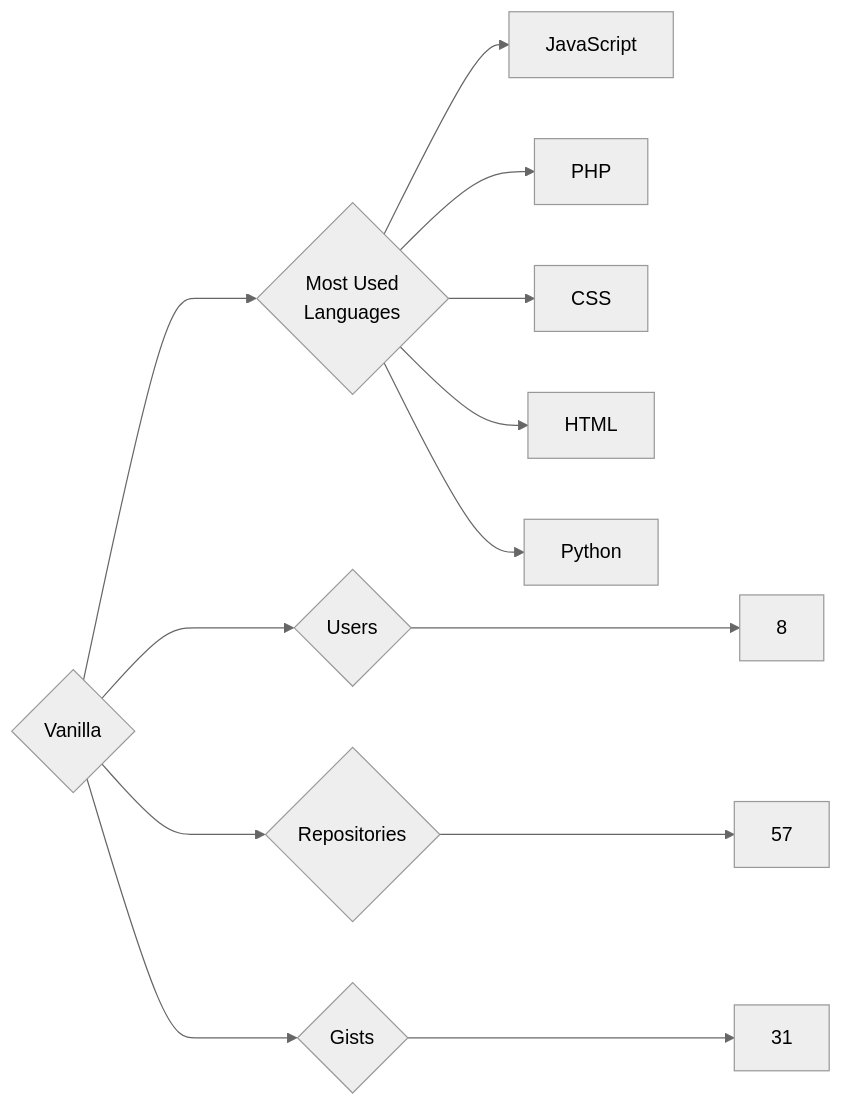
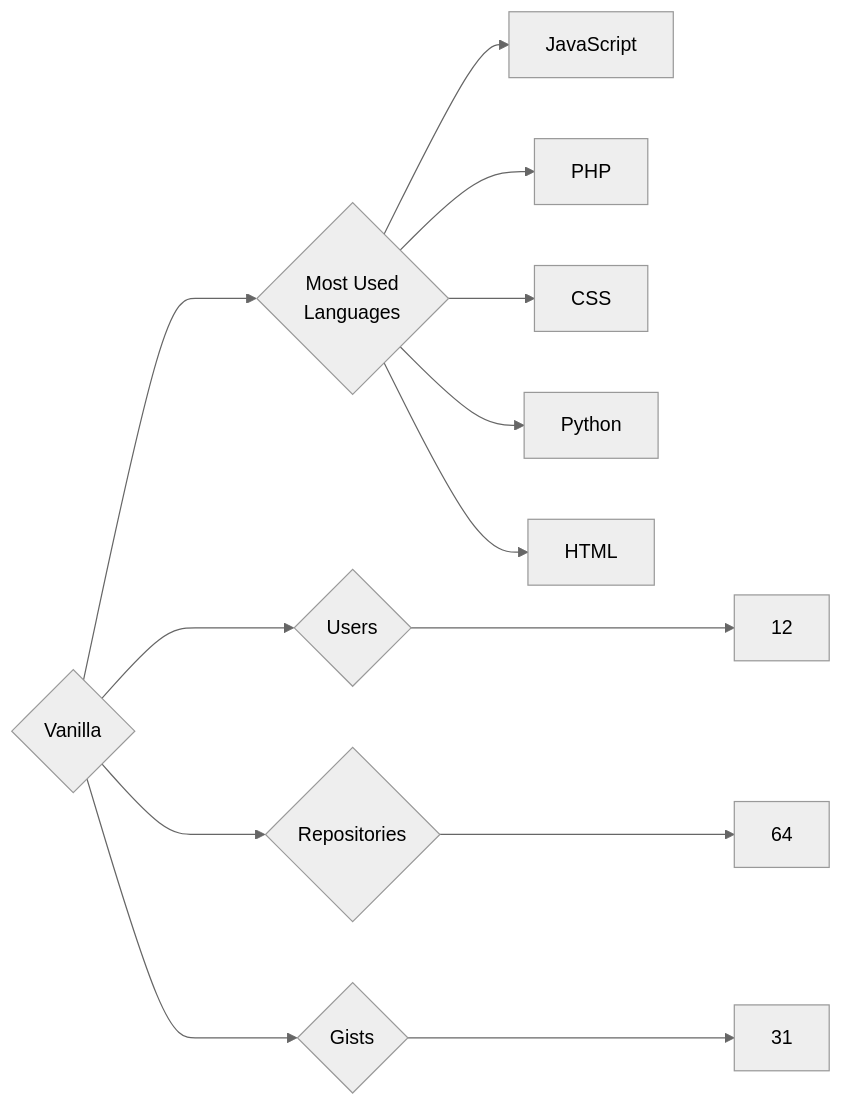
The diagram in targets/Vanilla/README.md (trickest/insiders), drawn with Mermaid (neutral theme) before and after one commit. The commit also changed 835 other files, not shown here.

````diff
--- a/targets/Vanilla/README.md
+++ b/targets/Vanilla/README.md
@@ -3,13 +3,13 @@
 ```mermaid
 graph LR
 COMPANY_NAME{Vanilla}
-COMPANY_NAME ---> U{Users} ---> UN[8]
-COMPANY_NAME ---> R{Repositories} ---> RN[57]
+COMPANY_NAME ---> U{Users} ---> UN[12]
+COMPANY_NAME ---> R{Repositories} ---> RN[64]
 COMPANY_NAME ---> G{Gists} ---> GN[31]
 COMPANY_NAME ---> ML{Most Used<br>Languages}
 ML --> JavaScript[JavaScript]
 ML --> PHP[PHP]
 ML --> CSS[CSS]
+ML --> Python[Python]
 ML --> HTML[HTML]
-ML --> Python[Python]
 ```
````
